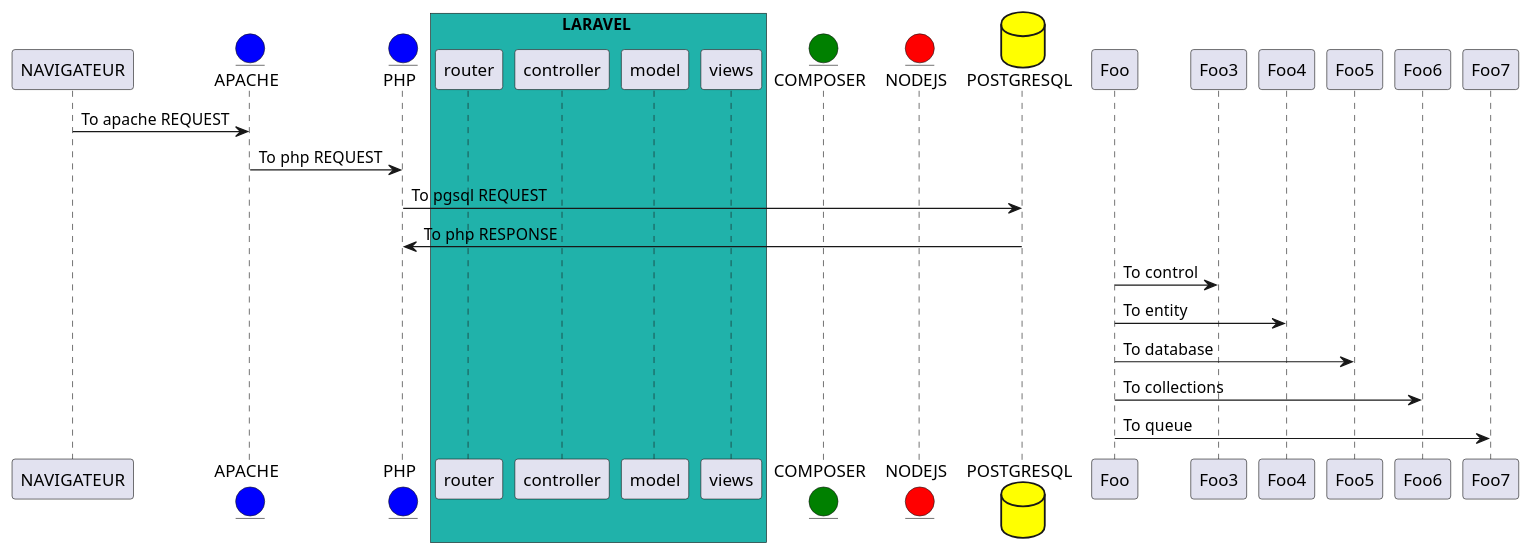
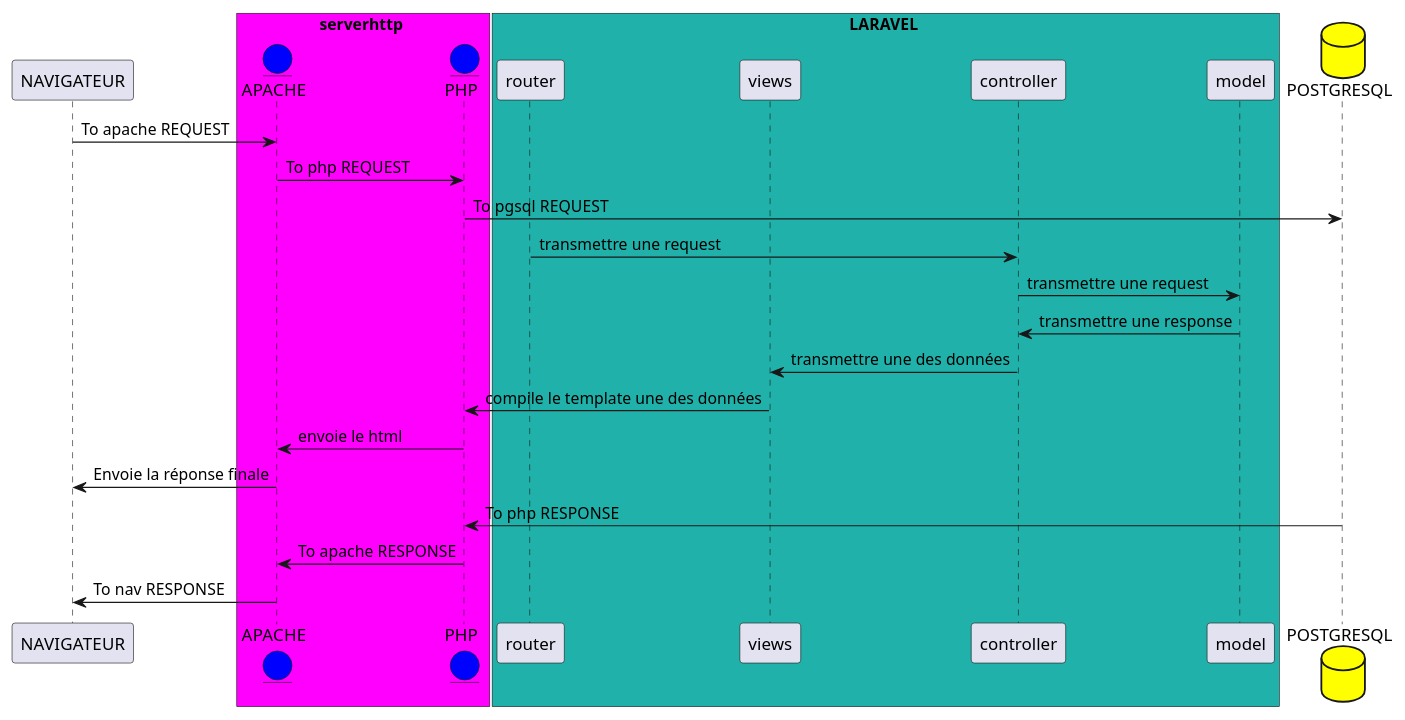
One commit to Ben-jpeg/docker-challenge-J2 changed the diagram in plantUML/docker.puml. Above: the diagram before and after it, drawn with PlantUML.

Commit message:
diagramme de sequence

```diff
--- a/plantUML/docker.puml
+++ b/plantUML/docker.puml
@@ -1,36 +1,42 @@
 @startuml docker
+
 
 participant NAVIGATEUR as nav
 
+
+box serverhttp #f0f
 entity      APACHE      as apache #blue
 entity      PHP         as php #blue
-
+end box
 
 box LARAVEL #LightSeaGreen
 participant router as ENTRYPOINT
+participant views as V
 participant controller as C
 participant model as M
-participant views as V
 end box
 
-
-entity      COMPOSER    as composer #green
-entity      NODEJS      as node #red
 
 database    POSTGRESQL  as pgsql #yellow
 
 
 nav -> apache : To apache REQUEST
 apache -> php : To php REQUEST
 php -> pgsql  : To pgsql REQUEST
 
+
+ENTRYPOINT -> C : transmettre une request
+C -> M          : transmettre une request
+C <- M          : transmettre une response
+
+C -> V          : transmettre une des données
+V -> php        : compile le template une des données
+php -> apache   : envoie le html
+apache -> nav   :  Envoie la réponse finale
+
 php <- pgsql  : To php RESPONSE
+apache <- php : To apache RESPONSE
+nav <- apache : To nav RESPONSE
 
 
-Foo -> Foo3 : To control
-Foo -> Foo4 : To entity
-Foo -> Foo5 : To database
-Foo -> Foo6 : To collections
-Foo -> Foo7: To queue
-
 @enduml
```
